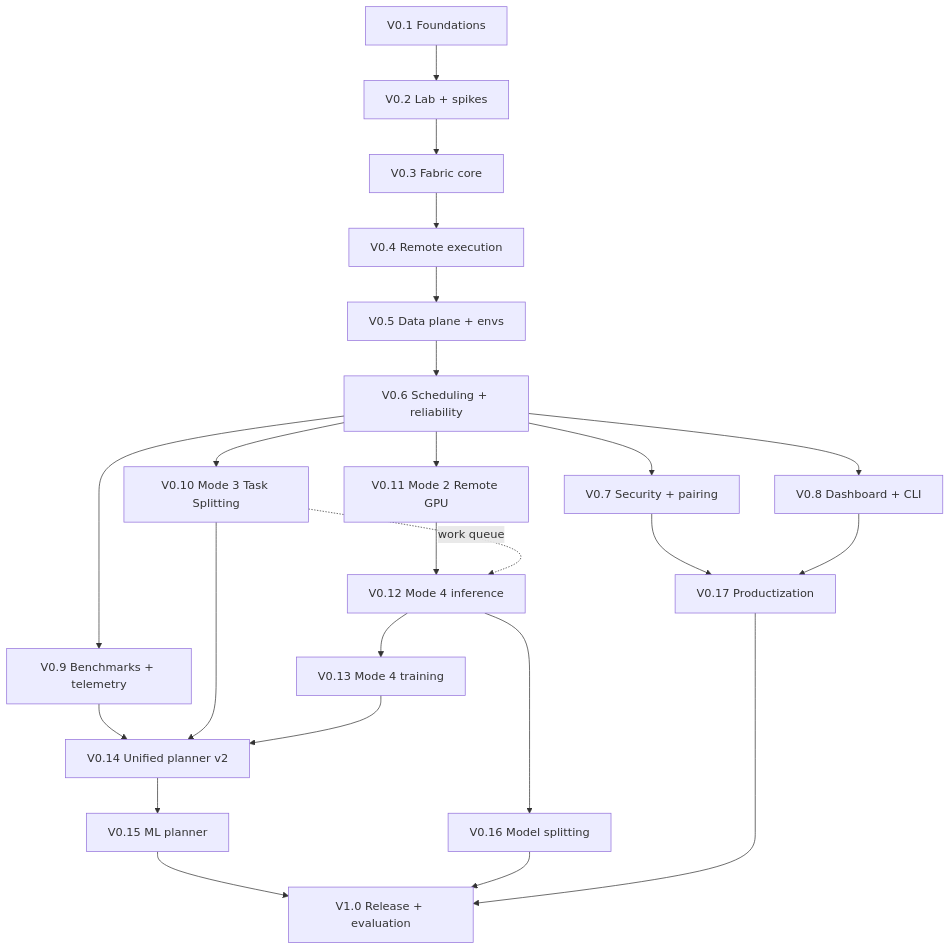
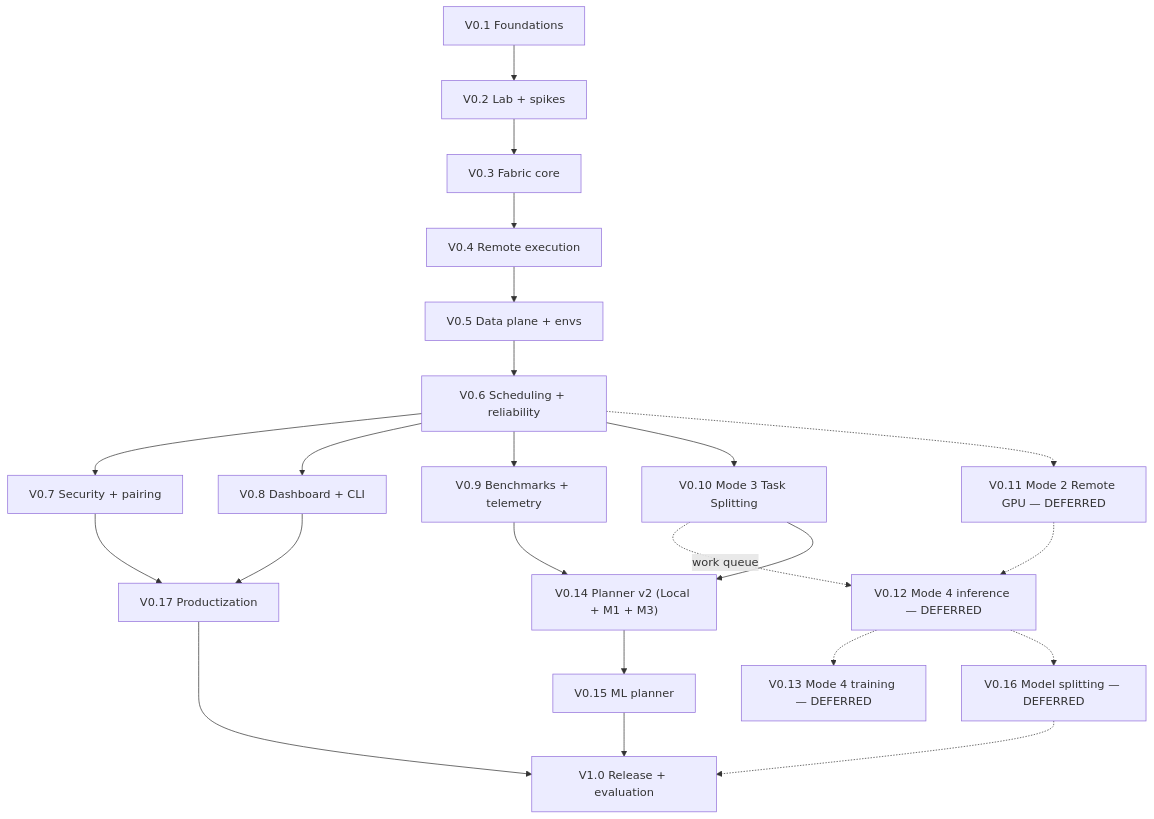
One commit to tony19053000/finalyear changed the second of 2 diagrams in docs/DEVELOPMENT_ROADMAP.md. Above: the diagram before and after it, drawn with Mermaid. The commit also changed other lines of this file, not shown here.

First line of the commit message:
docs(roadmap): apply ADR-0012 scope — ship Mode 3 complete, defer Mode 2 and Mode 4

````diff
--- a/docs/DEVELOPMENT_ROADMAP.md
+++ b/docs/DEVELOPMENT_ROADMAP.md
@@ -75,26 +78,25 @@
 ```mermaid
 flowchart TD
     V01["V0.1 Foundations"] --> V02["V0.2 Lab + spikes"]
     V02 --> V03["V0.3 Fabric core"]
     V03 --> V04["V0.4 Remote execution"]
     V04 --> V05["V0.5 Data plane + envs"]
     V05 --> V06["V0.6 Scheduling + reliability"]
     V06 --> V07["V0.7 Security + pairing"]
     V06 --> V08["V0.8 Dashboard + CLI"]
     V06 --> V09["V0.9 Benchmarks + telemetry"]
     V06 --> V010["V0.10 Mode 3 Task Splitting"]
-    V06 --> V011["V0.11 Mode 2 Remote GPU"]
-    V011 --> V012["V0.12 Mode 4 inference"]
+    V06 -.-> V011["V0.11 Mode 2 Remote GPU — DEFERRED"]
+    V011 -.-> V012["V0.12 Mode 4 inference — DEFERRED"]
     V010 -.->|work queue| V012
-    V012 --> V013["V0.13 Mode 4 training"]
-    V09 --> V014["V0.14 Unified planner v2"]
+    V012 -.-> V013["V0.13 Mode 4 training — DEFERRED"]
+    V09 --> V014["V0.14 Planner v2 (Local + M1 + M3)"]
     V010 --> V014
-    V013 --> V014
     V014 --> V015["V0.15 ML planner"]
-    V012 --> V016["V0.16 Model splitting"]
+    V012 -.-> V016["V0.16 Model splitting — DEFERRED"]
     V07 --> V017["V0.17 Productization"]
     V08 --> V017
     V015 --> V10["V1.0 Release + evaluation"]
-    V016 --> V10
+    V016 -.-> V10
     V017 --> V10
 ```
````
